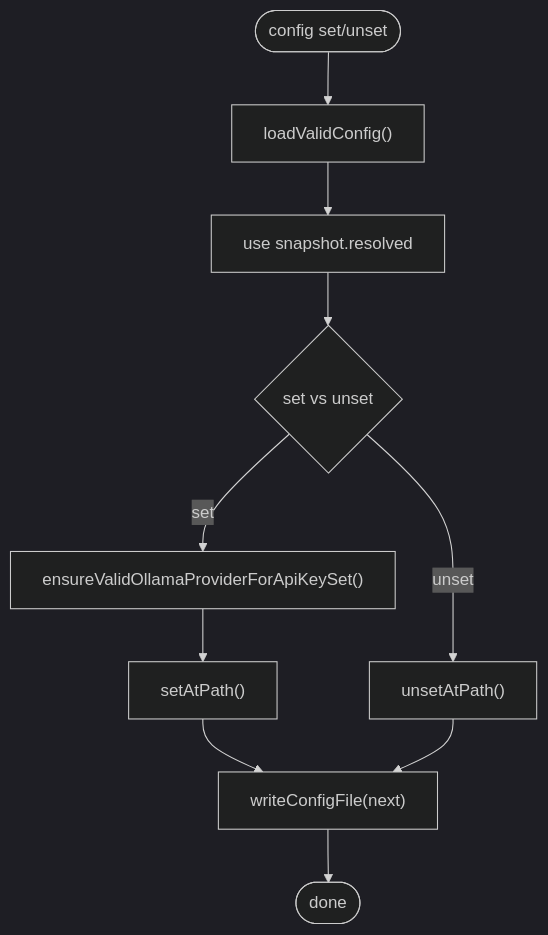
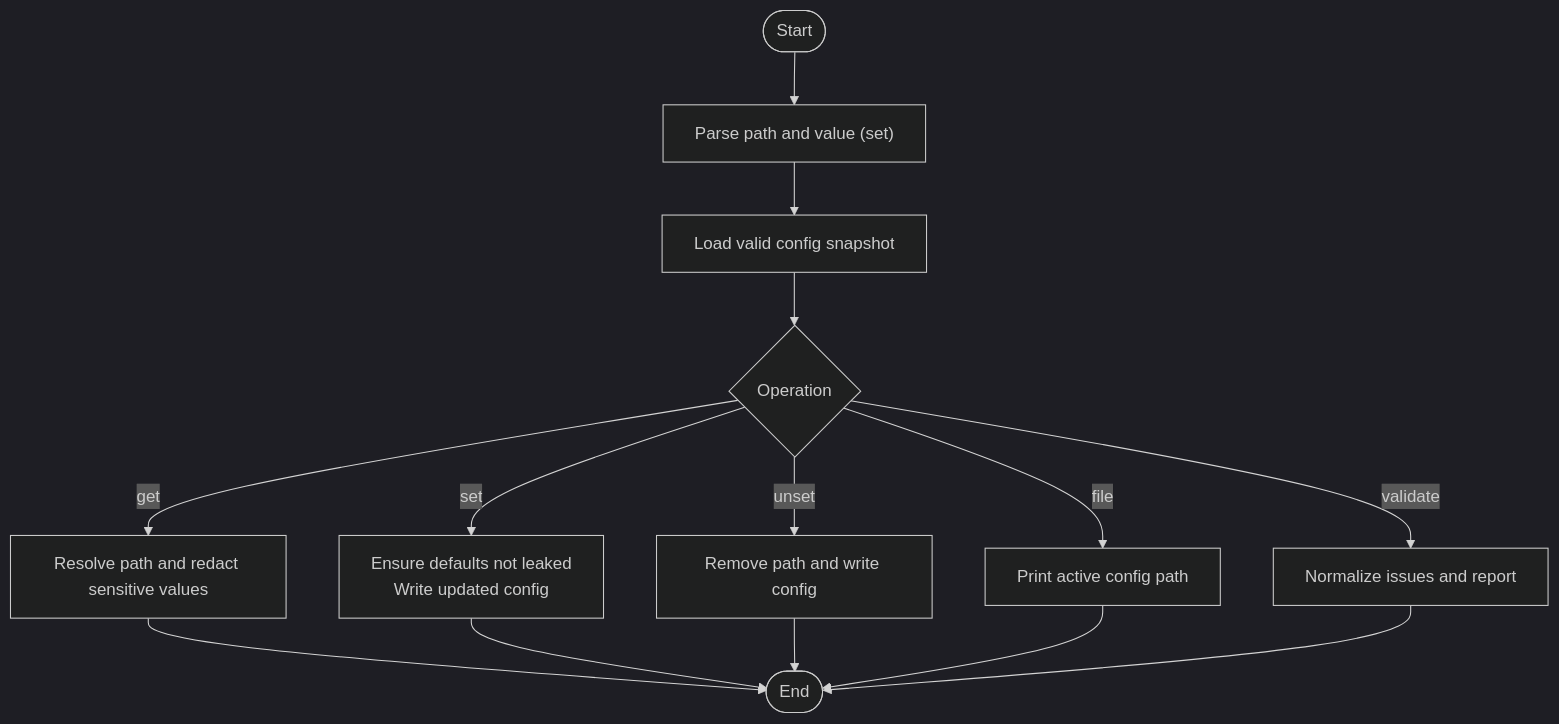
The third of 9 diagrams in repowiki/en/content/CLI Interface/Configuration Management.md (botx-work/OpenClaw-Internals), drawn with Mermaid (dark theme) before and after one commit. The commit also changed other lines of this file and 332 other files, not shown here.

````diff
--- a/repowiki/en/content/CLI Interface/Configuration Management.md
+++ b/repowiki/en/content/CLI Interface/Configuration Management.md
@@ -178,12 +140,16 @@
 ```mermaid
 flowchart TD
-Start(["config set/unset"]) --> Load["loadValidConfig()"]
-Load --> Resolved["use snapshot.resolved"]
-Resolved --> Mutate{"set vs unset"}
-Mutate --> |set| Ensure["ensureValidOllamaProviderForApiKeySet()"]
-Ensure --> SetPath["setAtPath()"]
-Mutate --> |unset| UnsetPath["unsetAtPath()"]
-SetPath --> Write["writeConfigFile(next)"]
-UnsetPath --> Write
-Write --> Done(["done"])
+Start(["Start"]) --> Parse["Parse path and value (set)"]
+Parse --> Load["Load valid config snapshot"]
+Load --> Decision{"Operation"}
+Decision --> |get| GetVal["Resolve path and redact sensitive values"]
+Decision --> |set| SetVal["Ensure defaults not leaked<br/>Write updated config"]
+Decision --> |unset| UnsetVal["Remove path and write config"]
+Decision --> |file| PrintFile["Print active config path"]
+Decision --> |validate| Validate["Normalize issues and report"]
+GetVal --> End(["End"])
+SetVal --> End
+UnsetVal --> End
+PrintFile --> End
+Validate --> End
 ```
````
